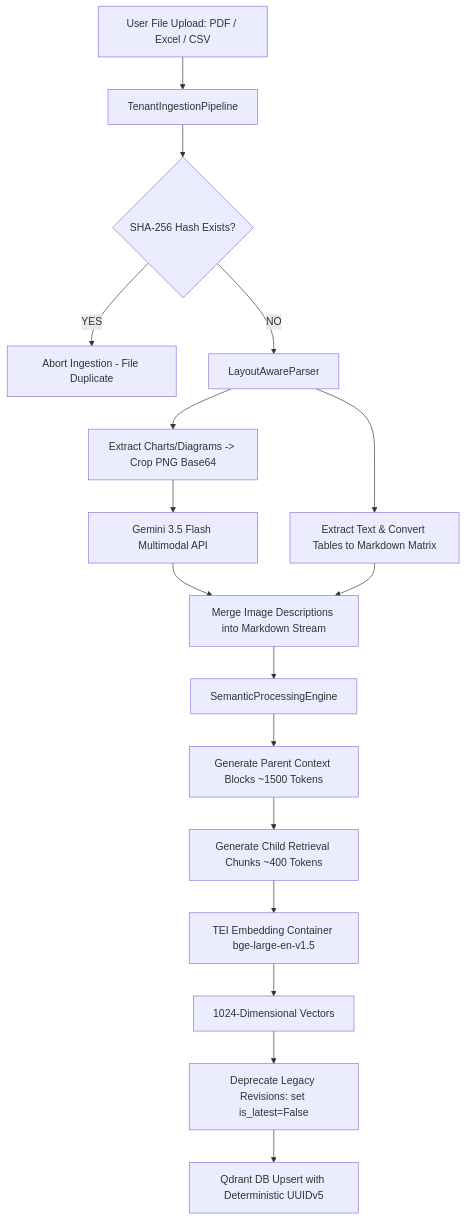
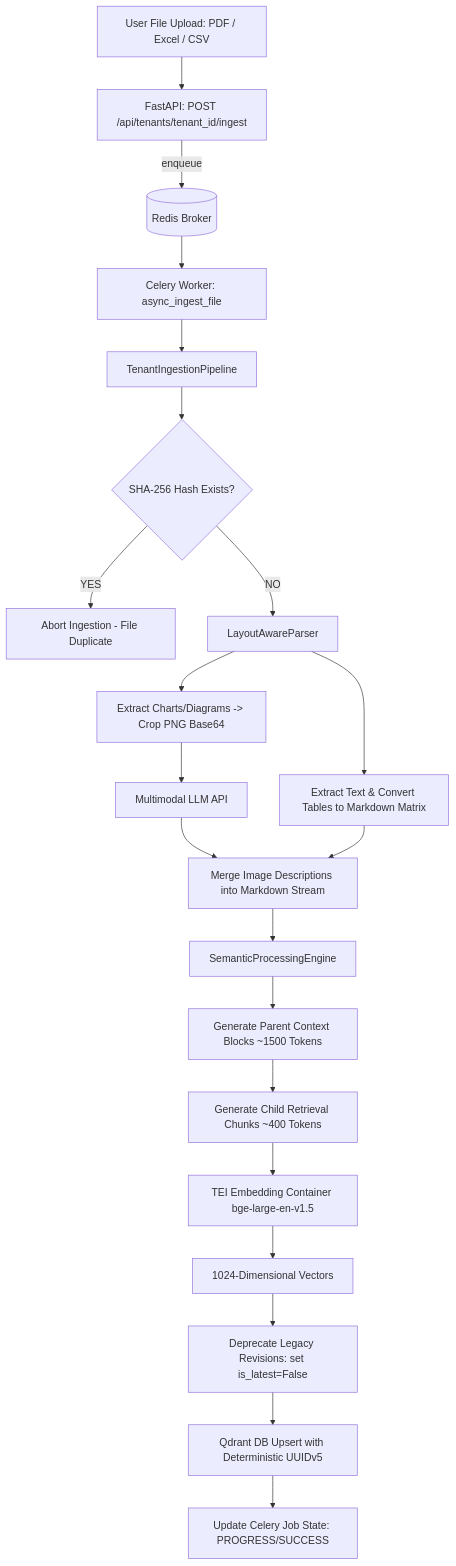
One commit to gpu-stack/Enterprise-AI-Fabric changed the diagram in src/processing/README.md. Above: the diagram before and after it, drawn with Mermaid. The commit also changed other lines of this file, not shown here.

````diff
--- a/src/processing/README.md
+++ b/src/processing/README.md
@@ -35,23 +37,27 @@
 ```mermaid
 graph TD
-    Upload[User File Upload: PDF / Excel / CSV] --> IngestPipe[TenantIngestionPipeline]
-    
+    Upload[User File Upload: PDF / Excel / CSV] --> API[FastAPI: POST /api/tenants/tenant_id/ingest]
+    API -->|enqueue| Queue[(Redis Broker)]
+    Queue --> Worker[Celery Worker: async_ingest_file]
+
+    Worker --> IngestPipe[TenantIngestionPipeline]
     IngestPipe --> HashCheck{SHA-256 Hash Exists?}
     HashCheck -- YES --> Skip[Abort Ingestion - File Duplicate]
-    
+
     HashCheck -- NO --> Parser[LayoutAwareParser]
     Parser --> TextTables[Extract Text & Convert Tables to Markdown Matrix]
     Parser --> VisionElements[Extract Charts/Diagrams -> Crop PNG Base64]
-    VisionElements --> MultimodalLLM[Gemini 3.5 Flash Multimodal API]
+    VisionElements --> MultimodalLLM[Multimodal LLM API]
     MultimodalLLM --> MergeStream[Merge Image Descriptions into Markdown Stream]
     TextTables --> MergeStream
-    
+
     MergeStream --> SemanticEngine[SemanticProcessingEngine]
     SemanticEngine --> ParentBlocks[Generate Parent Context Blocks ~1500 Tokens]
     ParentBlocks --> ChildChunks[Generate Child Retrieval Chunks ~400 Tokens]
     ChildChunks --> TEIEmbed[TEI Embedding Container bge-large-en-v1.5]
     TEIEmbed --> Vectors[1024-Dimensional Vectors]
-    
+
     Vectors --> LineageCheck[Deprecate Legacy Revisions: set is_latest=False]
     LineageCheck --> QdrantUpsert[Qdrant DB Upsert with Deterministic UUIDv5]
+    QdrantUpsert --> JobStore[Update Celery Job State: PROGRESS/SUCCESS]
 ```
````
